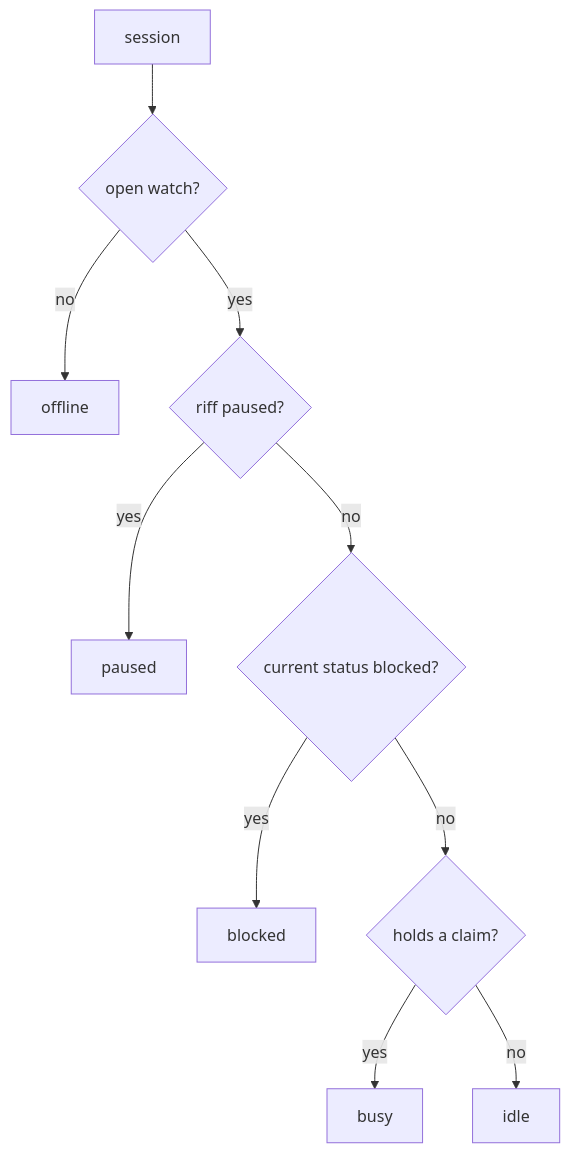
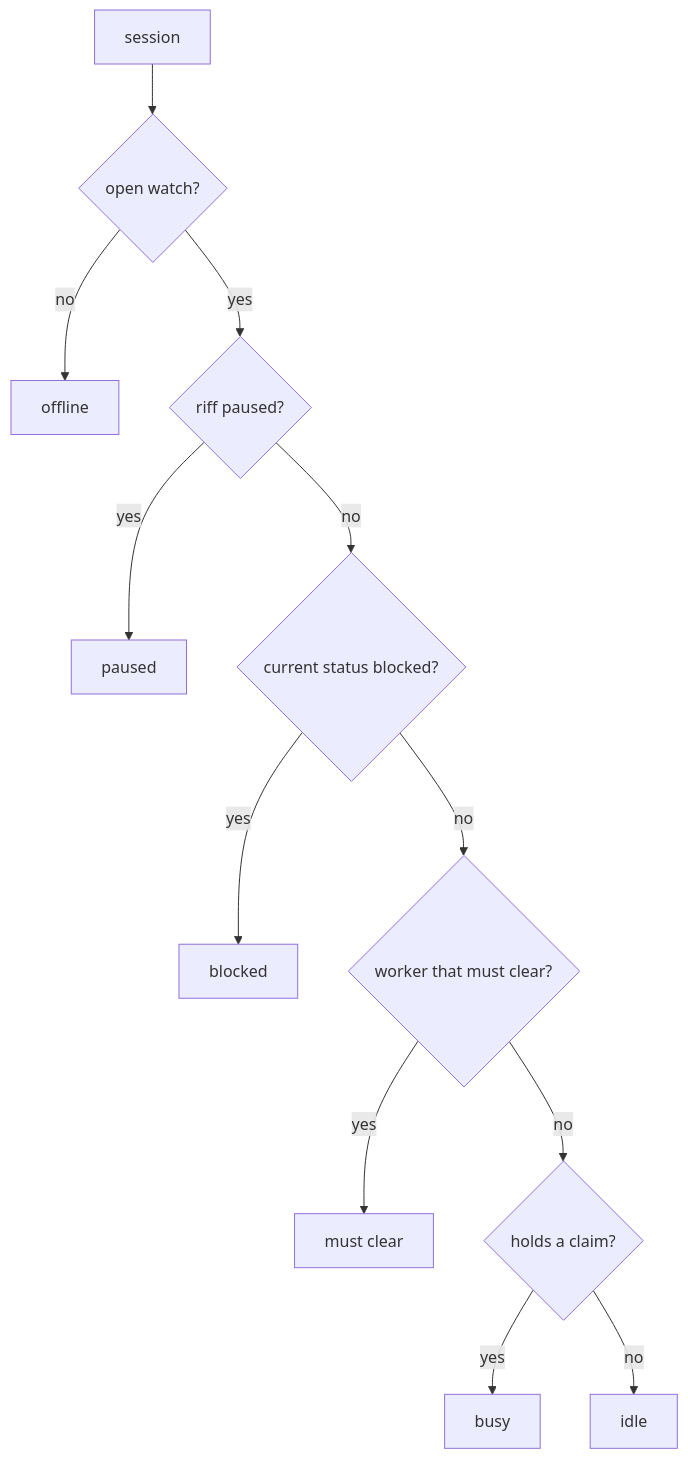
Before and after one commit to como-technologies/riff: diagram 28 of 50 in docs/src/how-it-works.md, drawn with Mermaid. The commit also changed other lines of this file and 37 other files, not shown here.

First line of the commit message:
The life cycle of a session is in the log, and a worker clears its context before its next claim (#425)

````diff
--- a/docs/src/how-it-works.md
+++ b/docs/src/how-it-works.md
@@ -1844,12 +1846,14 @@
 ```mermaid
 flowchart TD
     S[session] --> L{open watch?}
     L -- no --> Off[offline]
     L -- yes --> P{riff paused?}
     P -- yes --> Pa[paused]
     P -- no --> B{current status blocked?}
     B -- yes --> Bl[blocked]
-    B -- no --> C{holds a claim?}
+    B -- no --> M{worker that must clear?}
+    M -- yes --> Mc[must clear]
+    M -- no --> C{holds a claim?}
     C -- yes --> Bu[busy]
     C -- no --> I[idle]
 ```
````
